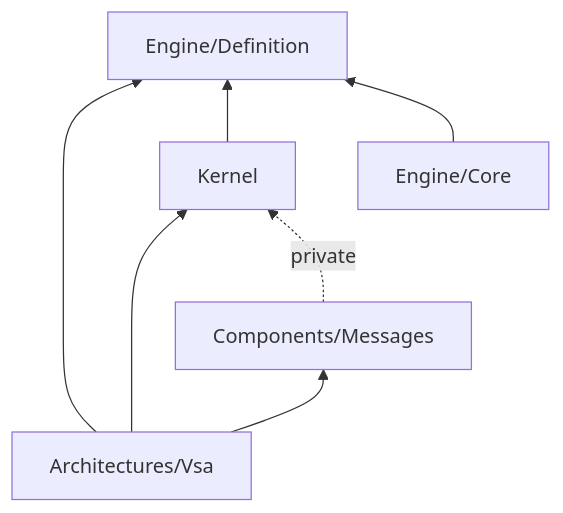
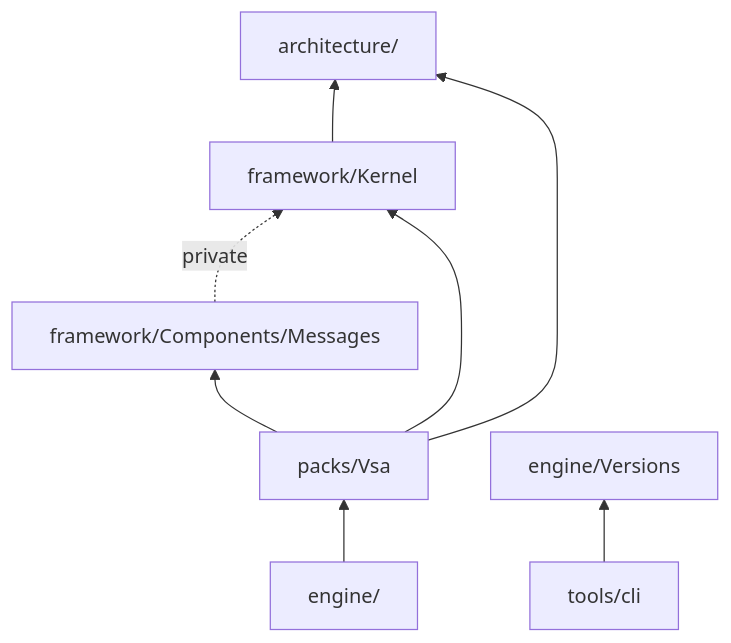
The diagram in docs/framework-layout.md (MgCohen/vsa-template), drawn with Mermaid before and after one commit. The commit also changed other lines of this file and 11 other files, not shown here.

````diff
--- a/docs/framework-layout.md
+++ b/docs/framework-layout.md
@@ -14,9 +15,10 @@
 ```mermaid
 flowchart BT
-    Vsa["Architectures/Vsa"] --> Kernel
-    Vsa --> Messages["Components/Messages"]
-    Vsa --> Definition["Engine/Definition"]
-    Messages -. private .-> Kernel
-    Kernel --> Definition
-    Core["Engine/Core"] --> Definition
+    Kernel["framework/Kernel"] --> Architecture["architecture/"]
+    Messages["framework/Components/Messages"] -. private .-> Kernel
+    Vsa["packs/Vsa"] --> Kernel
+    Vsa --> Messages
+    Vsa --> Architecture
+    Engine["engine/"] --> Vsa
+    Cli["tools/cli"] --> Versions["engine/Versions"]
 ```
````
